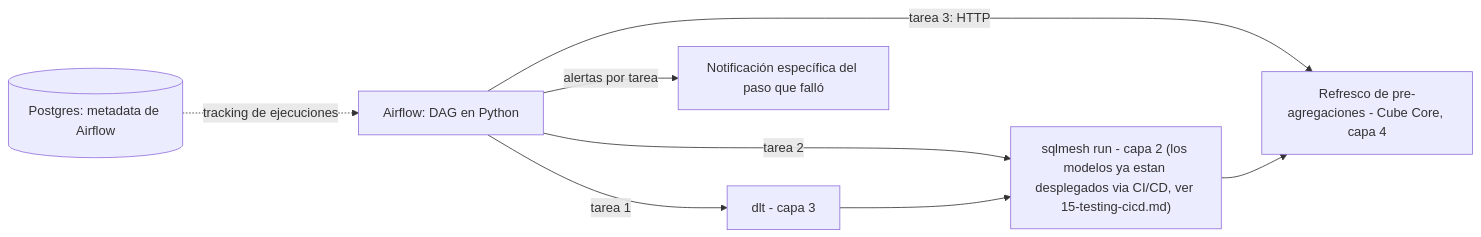
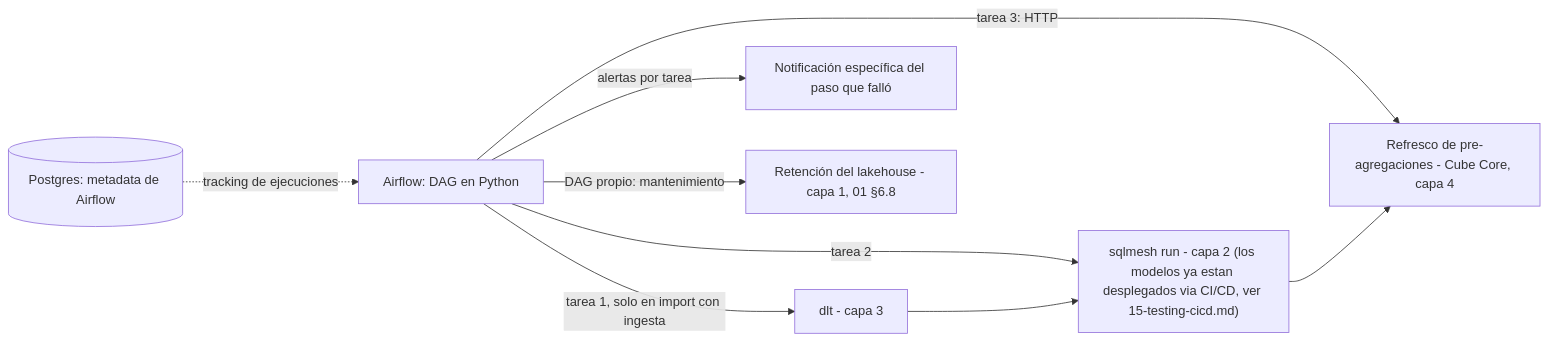
One commit to eribertocz/atlasbi changed the diagram in docs/07-orquestacion.md. Above: the diagram before and after it, drawn with Mermaid. The commit also changed other lines of this file and 12 other files, not shown here.

````diff
--- a/docs/07-orquestacion.md
+++ b/docs/07-orquestacion.md
@@ -84,9 +84,10 @@
 ```mermaid
 flowchart LR
-    A[Airflow: DAG en Python] -->|tarea 1| B[dlt - capa 3]
+    A[Airflow: DAG en Python] -->|tarea 1, solo en import con ingesta| B[dlt - capa 3]
     A -->|tarea 2| C["sqlmesh run - capa 2 (los modelos ya estan desplegados via CI/CD, ver 15-testing-cicd.md)"]
     A -->|tarea 3: HTTP| D[Refresco de pre-agregaciones - Cube Core, capa 4]
     B --> C --> D
     E[(Postgres: metadata de Airflow)] -.tracking de ejecuciones.-> A
     A -->|alertas por tarea| F[Notificación específica del paso que falló]
+    A -->|DAG propio: mantenimiento| M[Retención del lakehouse - capa 1, 01 §6.8]
 ```
````
